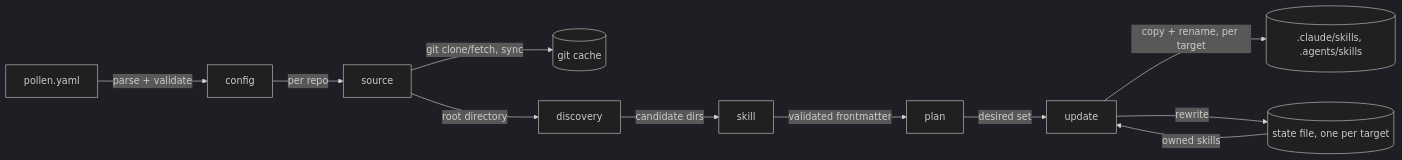
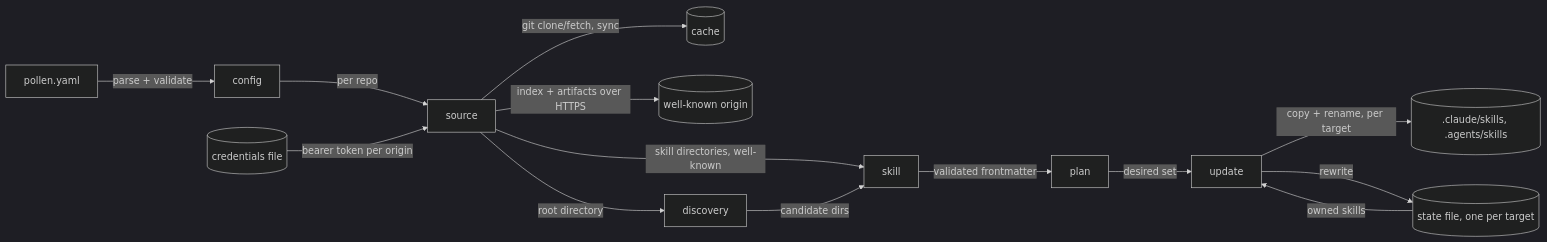
Before and after one commit to groupbees/pollen: the diagram in ARCHITECTURE.md, drawn with Mermaid (dark theme). The commit also changed other lines of this file and 52 other files, not shown here.

First line of the commit message:
Add well-known discovery indexes as a skill source (#64)

````diff
--- a/ARCHITECTURE.md
+++ b/ARCHITECTURE.md
@@ -15,13 +15,16 @@
 ```mermaid
 flowchart LR
     yaml[pollen.yaml] -->|parse + validate| config[config]
     config -->|per repo| source[source]
-    source -->|git clone/fetch, sync| cache[(git cache)]
+    source -->|git clone/fetch, sync| cache[(cache)]
+    source -->|index + artifacts over HTTPS| origin[(well-known origin)]
+    credentials[(credentials file)] -->|bearer token per origin| source
     source -->|root directory| discovery[discovery]
-    discovery -->|candidate dirs| skill[skill]
+    source -->|skill directories, well-known| skill[skill]
+    discovery -->|candidate dirs| skill
     skill -->|validated frontmatter| plan[plan]
     plan -->|desired set| update[update]
     state[(state file, one per target)] -->|owned skills| update
     update -->|copy + rename, per target| target[(.claude/skills, .agents/skills)]
     update -->|rewrite| state
 ```
````
